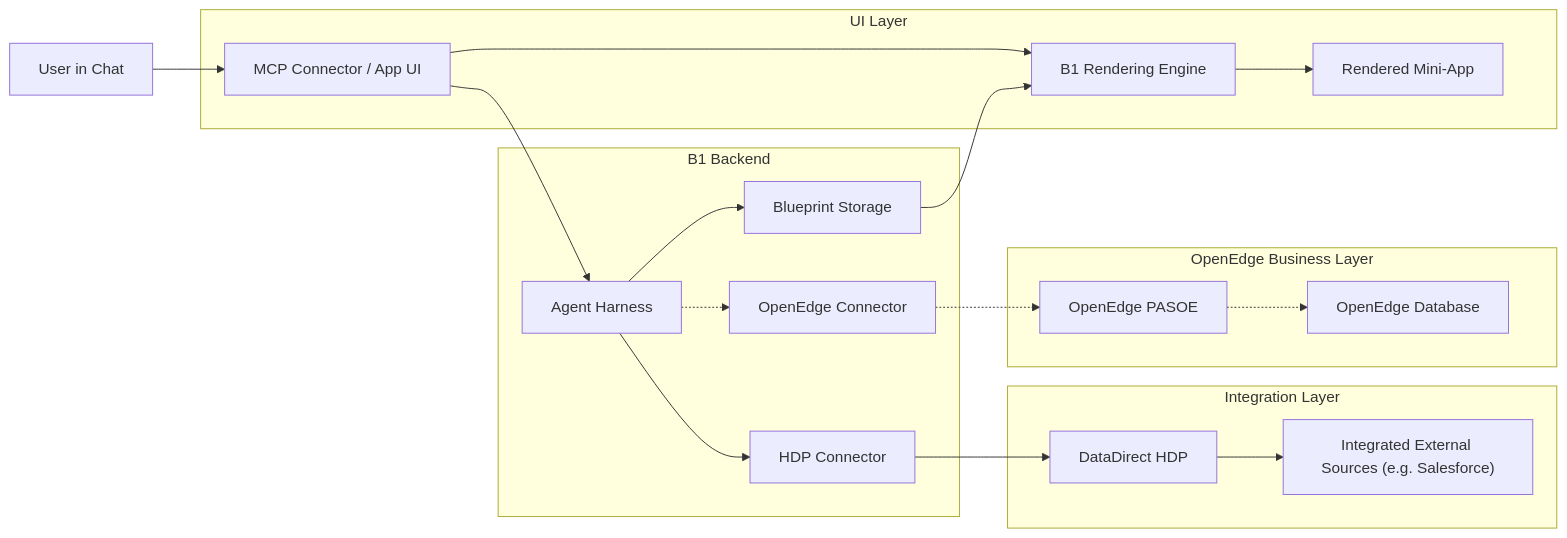
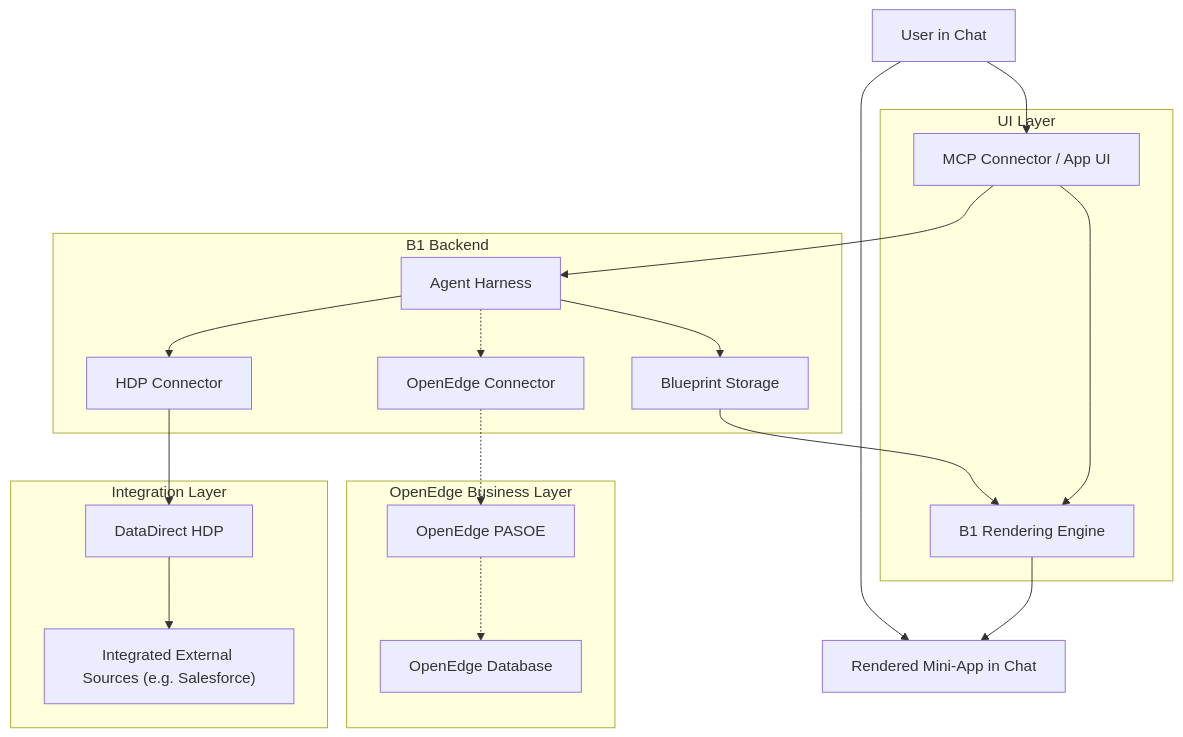
One commit to build-one-labs/Progress-AI-Hackathon changed the diagram in README.md. Above: the diagram before and after it, drawn with Mermaid. The commit also changed other lines of this file, not shown here.

````diff
--- a/README.md
+++ b/README.md
@@ -204,40 +185,41 @@
 ```mermaid
-flowchart LR
+flowchart TB
     user["User in Chat"]
+    miniapp["Rendered Mini-App in Chat"]
 
     subgraph ui["UI Layer"]
         mcp["MCP Connector / App UI"]
         render["B1 Rendering Engine"]
-        miniapp["Rendered Mini-App"]
     end
 
     subgraph b1["B1 Backend"]
         agent["Agent Harness"]
         blueprint["Blueprint Storage"]
         oeconn["OpenEdge Connector"]
         hdpconn["HDP Connector"]
     end
 
     subgraph integration["Integration Layer"]
         hdp["DataDirect HDP"]
         ext["Integrated External Sources (e.g. Salesforce)"]
     end
 
     subgraph oe["OpenEdge Business Layer"]
         pasoe["OpenEdge PASOE"]
         oedb["OpenEdge Database"]
     end
 
     user --> mcp
     mcp --> render
     render --> miniapp
+    user --> miniapp
     mcp --> agent
     agent --> blueprint
     agent -.-> oeconn
     agent --> hdpconn
     hdpconn --> hdp
     hdp --> ext
     oeconn -.-> pasoe
     pasoe -.-> oedb
     blueprint --> render
 ```
````
